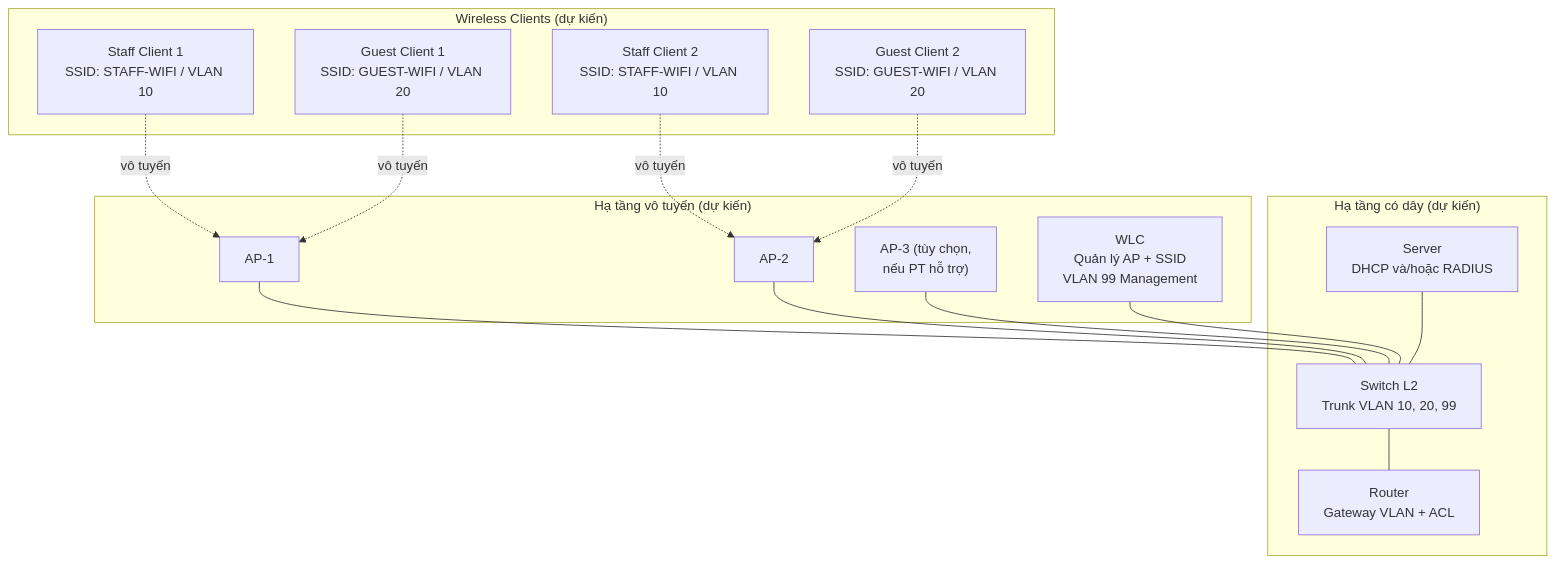
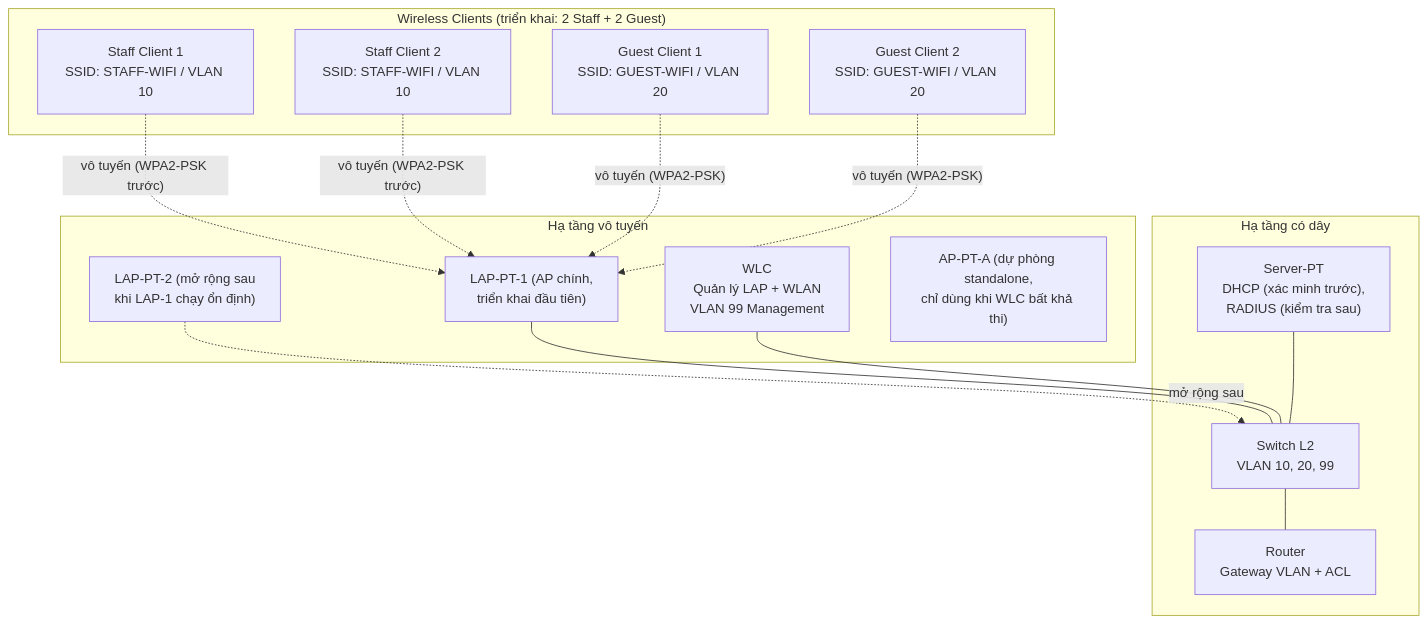
The diagram in docs/topology.md (Hoang-Minh-Hieu-2806/enterprise-wifi-wlc-lab), drawn with Mermaid before and after one commit. The commit also changed other lines of this file and 18 other files, not shown here.

````diff
--- a/docs/topology.md
+++ b/docs/topology.md
@@ -18,34 +22,33 @@
 ```mermaid
 flowchart TB
-    subgraph Clients["Wireless Clients (dự kiến)"]
+    subgraph Clients["Wireless Clients (triển khai: 2 Staff + 2 Guest)"]
         STAFF1["Staff Client 1<br/>SSID: STAFF-WIFI / VLAN 10"]
         STAFF2["Staff Client 2<br/>SSID: STAFF-WIFI / VLAN 10"]
         GUEST1["Guest Client 1<br/>SSID: GUEST-WIFI / VLAN 20"]
         GUEST2["Guest Client 2<br/>SSID: GUEST-WIFI / VLAN 20"]
     end
 
-    subgraph Wireless["Hạ tầng vô tuyến (dự kiến)"]
-        AP1["AP-1"]
-        AP2["AP-2"]
-        AP3["AP-3 (tùy chọn,<br/>nếu PT hỗ trợ)"]
-        WLC["WLC<br/>Quản lý AP + SSID<br/>VLAN 99 Management"]
+    subgraph Wireless["Hạ tầng vô tuyến"]
+        LAP1["LAP-PT-1 (AP chính,<br/>triển khai đầu tiên)"]
+        LAP2["LAP-PT-2 (mở rộng sau<br/>khi LAP-1 chạy ổn định)"]
+        WLC["WLC<br/>Quản lý LAP + WLAN<br/>VLAN 99 Management"]
+        APTA["AP-PT-A (dự phòng standalone,<br/>chỉ dùng khi WLC bất khả thi)"]
     end
 
-    subgraph Wired["Hạ tầng có dây (dự kiến)"]
-        SW["Switch L2<br/>Trunk VLAN 10, 20, 99"]
+    subgraph Wired["Hạ tầng có dây"]
+        SW["Switch L2<br/>VLAN 10, 20, 99"]
         RTR["Router<br/>Gateway VLAN + ACL"]
-        SRV["Server<br/>DHCP và/hoặc RADIUS"]
+        SRV["Server-PT<br/>DHCP (xác minh trước),<br/>RADIUS (kiểm tra sau)"]
     end
 
-    STAFF1 -. vô tuyến .-> AP1
-    STAFF2 -. vô tuyến .-> AP2
-    GUEST1 -. vô tuyến .-> AP1
-    GUEST2 -. vô tuyến .-> AP2
+    STAFF1 -. vô tuyến (WPA2-PSK trước) .-> LAP1
+    STAFF2 -. vô tuyến (WPA2-PSK trước) .-> LAP1
+    GUEST1 -. vô tuyến (WPA2-PSK) .-> LAP1
+    GUEST2 -. vô tuyến (WPA2-PSK) .-> LAP1
+    LAP2 -. mở rộng sau .-> SW
 
-    AP1 --- SW
-    AP2 --- SW
-    AP3 --- SW
+    LAP1 --- SW
     WLC --- SW
     SRV --- SW
     SW --- RTR
 ```
````
